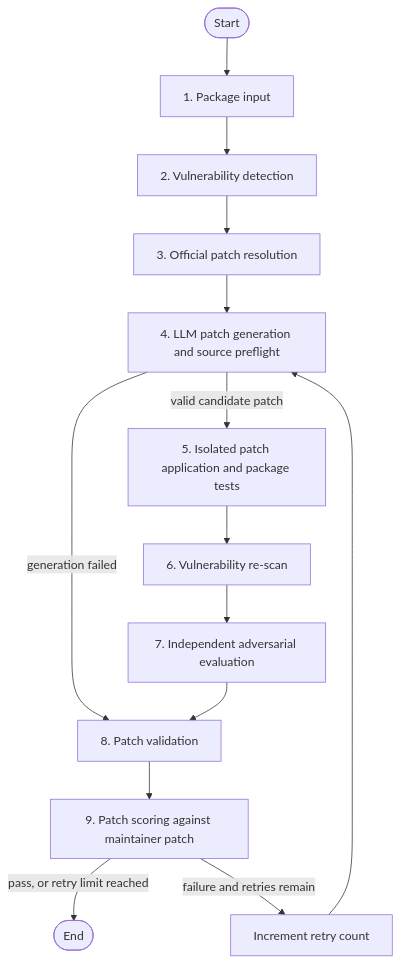
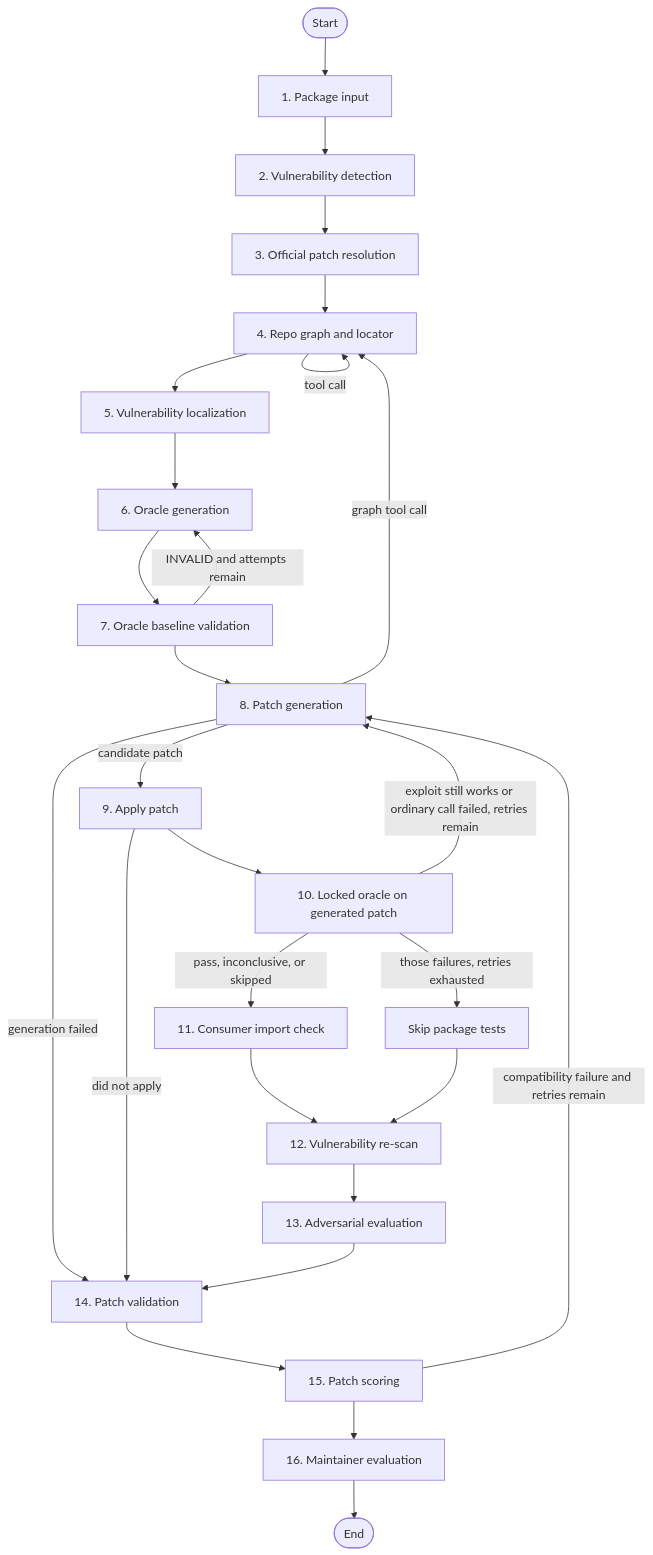
Before and after one commit to shirosensei02/FYP: the diagram in PIPELINE_FLOW.md, drawn with Mermaid. The commit also changed other lines of this file and 2 other files, not shown here.

Commit message:
Added isolated oracle run and updated pipeline

````diff
--- a/PIPELINE_FLOW.md
+++ b/PIPELINE_FLOW.md
@@ -14,16 +15,29 @@
 ```mermaid
 flowchart TD
     A([Start]) --> B[1. Package input]
     B --> C[2. Vulnerability detection]
     C --> D[3. Official patch resolution]
-    D --> E[4. LLM patch generation and source preflight]
-    E -->|generation failed| J[8. Patch validation]
-    E -->|valid candidate patch| F[5. Isolated patch application and package tests]
-    F --> G[6. Vulnerability re-scan]
-    G --> H[7. Independent adversarial evaluation]
-    H --> J
-    J --> K[9. Patch scoring against maintainer patch]
-    K -->|pass, or retry limit reached| L([End])
-    K -->|failure and retries remain| M[Increment retry count]
-    M --> E
+    D --> E[4. Repo graph and locator]
+    E -->|tool call| E
+    E --> F[5. Vulnerability localization]
+    F --> G[6. Oracle generation]
+    G --> H[7. Oracle baseline validation]
+    H -->|INVALID and attempts remain| G
+    H --> I[8. Patch generation]
+    I -->|graph tool call| E
+    I -->|generation failed| Q[14. Patch validation]
+    I -->|candidate patch| J[9. Apply patch]
+    J -->|did not apply| Q
+    J --> K[10. Locked oracle on generated patch]
+    K -->|exploit still works or ordinary call failed, retries remain| I
+    K -->|those failures, retries exhausted| R[Skip package tests]
+    K -->|pass, inconclusive, or skipped| L[11. Consumer import check]
+    L --> M[12. Vulnerability re-scan]
+    R --> M
+    M --> N[13. Adversarial evaluation]
+    N --> Q
+    Q --> S[15. Patch scoring]
+    S -->|compatibility failure and retries remain| I
+    S --> T[16. Maintainer evaluation]
+    T --> U([End])
 ```
````
